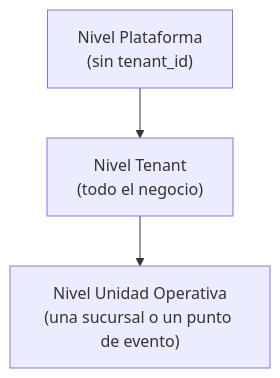
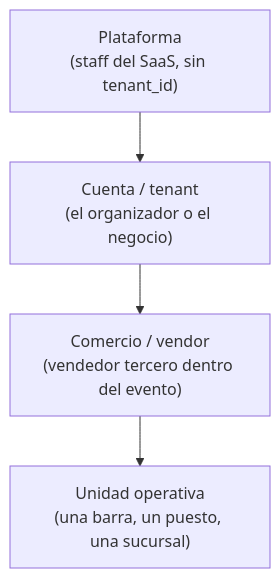
One commit to juancamedrano21/eventbarrest changed the diagram in docs/04-roles-permisos.md. Above: the diagram before and after it, drawn with Mermaid. The commit also changed other lines of this file and 7 other files, not shown here.

````diff
--- a/docs/04-roles-permisos.md
+++ b/docs/04-roles-permisos.md
@@ -8,5 +27,6 @@
 ```mermaid
 flowchart TD
-    P["Nivel Plataforma<br/>(sin tenant_id)"] --> T["Nivel Tenant<br/>(todo el negocio)"]
-    T --> U["Nivel Unidad Operativa<br/>(una sucursal o un punto de evento)"]
+    P["Plataforma<br/>(staff del SaaS, sin tenant_id)"] --> T["Cuenta / tenant<br/>(el organizador o el negocio)"]
+    T --> V["Comercio / vendor<br/>(vendedor tercero dentro del evento)"]
+    V --> U["Unidad operativa<br/>(una barra, un puesto, una sucursal)"]
 ```
````
